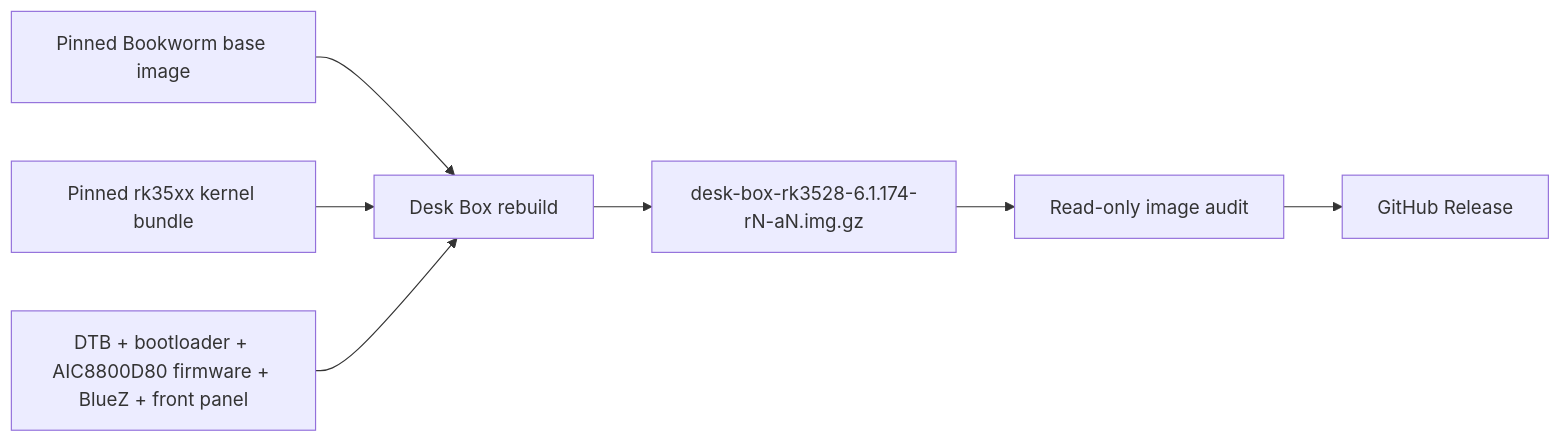
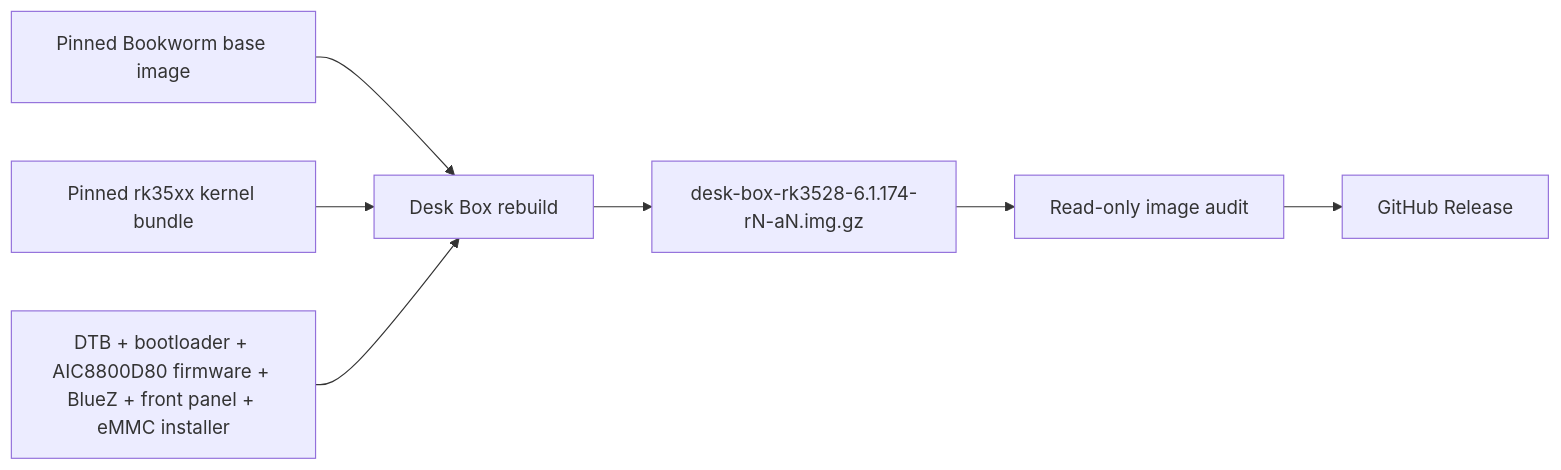
The diagram in README.md (hudrucan/xiaozhi-desk-box), drawn with Mermaid before and after one commit. The commit also changed other lines of this file and 7 other files, not shown here.

Commit message:
Add guarded Desk Box eMMC installer

````diff
--- a/README.md
+++ b/README.md
@@ -106,9 +150,9 @@
 ```mermaid
 flowchart LR
     base["Pinned Bookworm base image"] --> rebuild["Desk Box rebuild"]
     kernel["Pinned rk35xx kernel bundle"] --> rebuild
-    payloads["DTB + bootloader + AIC8800D80 firmware + BlueZ + front panel"] --> rebuild
+    payloads["DTB + bootloader + AIC8800D80 firmware + BlueZ + front panel + eMMC installer"] --> rebuild
     rebuild --> image["desk-box-rk3528-6.1.174-rN-aN.img.gz"]
     image --> audit["Read-only image audit"]
     audit --> release["GitHub Release"]
 ```
````
